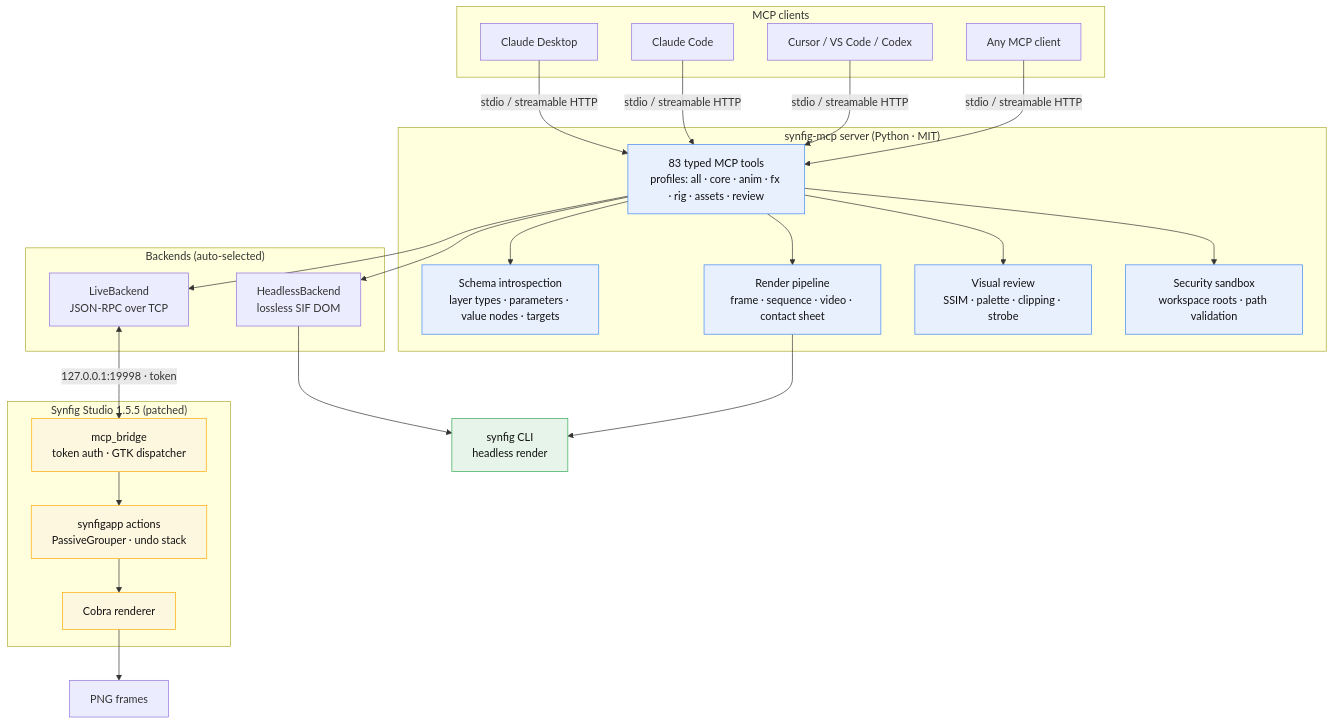
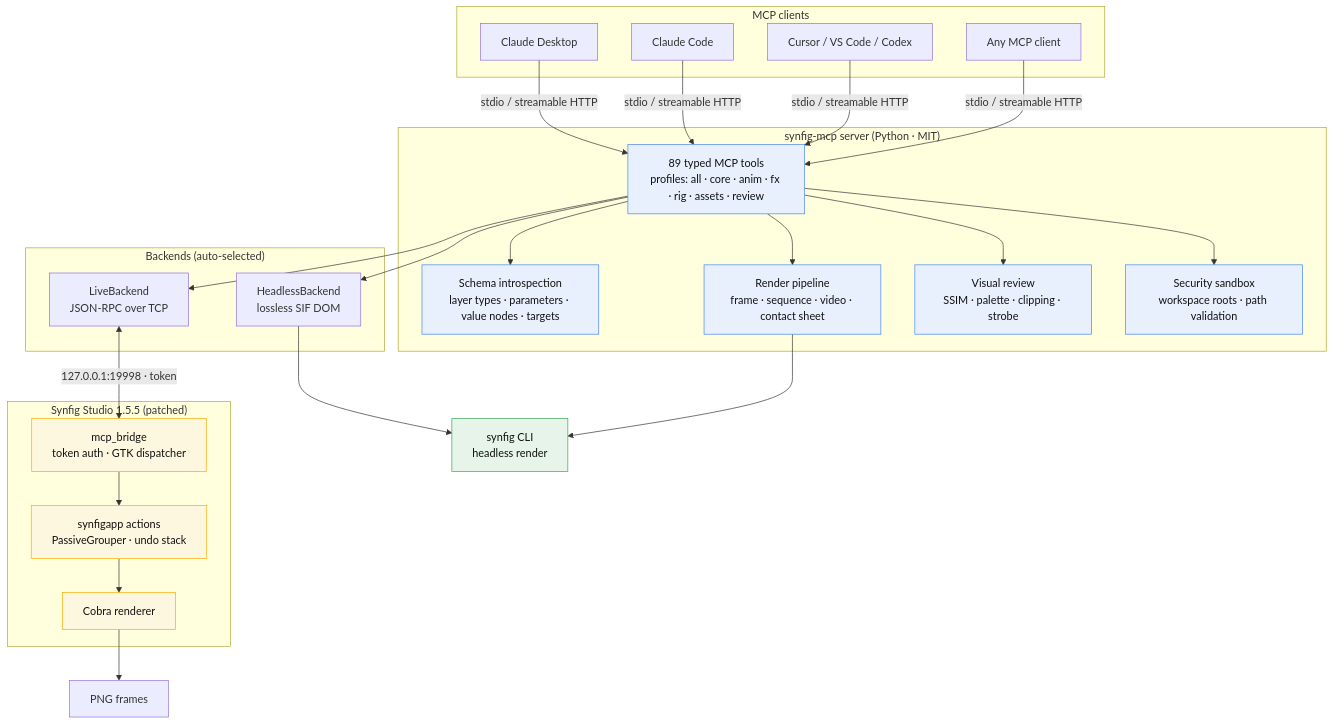
Before and after one commit to anusara-bemal/synfig-mcp: the first of 7 diagrams in README.md, drawn with Mermaid. The commit also changed other lines of this file and 14 other files, not shown here.

````diff
--- a/README.md
+++ b/README.md
@@ -60,46 +61,46 @@
 ```mermaid
 graph TB
     subgraph clients["MCP clients"]
         CD["Claude Desktop"]
         CC["Claude Code"]
         CU["Cursor / VS Code / Codex"]
         ANY["Any MCP client"]
     end
 
     subgraph server["synfig-mcp server (Python · MIT)"]
-        TOOLS["83 typed MCP tools<br/>profiles: all · core · anim · fx · rig · assets · review"]
+        TOOLS["89 typed MCP tools<br/>profiles: all · core · anim · fx · rig · assets · review"]
         SCHEMA["Schema introspection<br/>layer types · parameters · value nodes · targets"]
         PIPE["Render pipeline<br/>frame · sequence · video · contact sheet"]
         REVIEW["Visual review<br/>SSIM · palette · clipping · strobe"]
         SANDBOX["Security sandbox<br/>workspace roots · path validation"]
     end
 
     subgraph backends["Backends (auto-selected)"]
         LIVE["LiveBackend<br/>JSON-RPC over TCP"]
         HEAD["HeadlessBackend<br/>lossless SIF DOM"]
     end
 
     subgraph studio["Synfig Studio 1.5.5 (patched)"]
         BRIDGE["mcp_bridge<br/>token auth · GTK dispatcher"]
         ACTIONS["synfigapp actions<br/>PassiveGrouper · undo stack"]
         ENGINE["Cobra renderer"]
     end
 
     CLI["synfig CLI<br/>headless render"]
 
     CD & CC & CU & ANY -->|stdio / streamable HTTP| TOOLS
     TOOLS --> SCHEMA & PIPE & REVIEW & SANDBOX
     TOOLS --> LIVE & HEAD
     LIVE <-->|127.0.0.1:19998 · token| BRIDGE
     BRIDGE --> ACTIONS --> ENGINE
     HEAD --> CLI
     PIPE --> CLI
     ENGINE --> PNG["PNG frames"]
 
     classDef server fill:#e8f0fe,stroke:#4285f4,color:#111
     classDef studio fill:#fef7e0,stroke:#f9ab00,color:#111
     classDef ext fill:#e6f4ea,stroke:#34a853,color:#111
     class TOOLS,SCHEMA,PIPE,REVIEW,SANDBOX server
     class BRIDGE,ACTIONS,ENGINE studio
     class CLI ext
 ```
````
